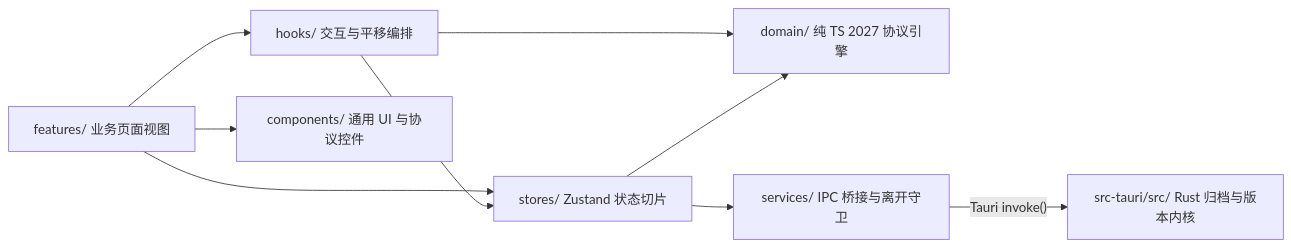
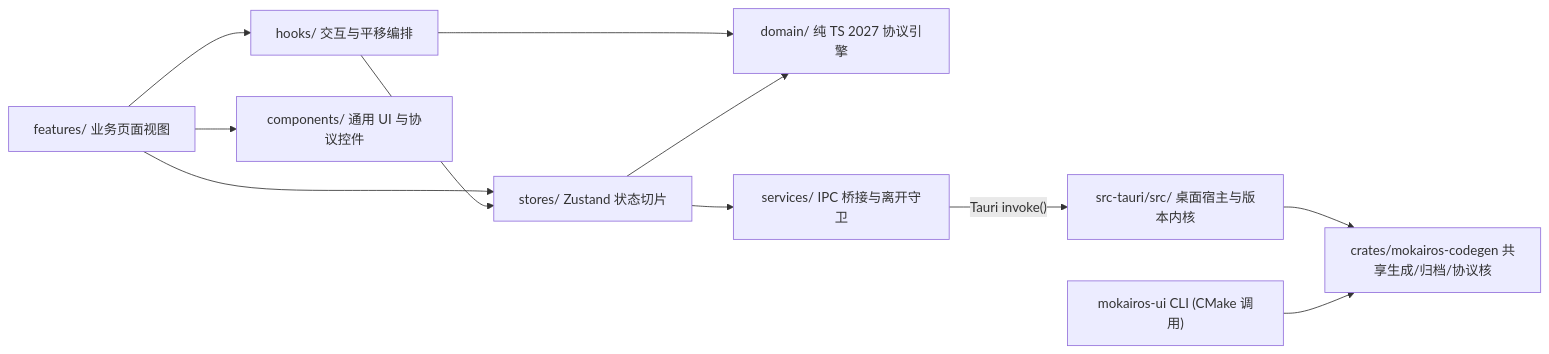
Before and after one commit to esunyao/MoKairos_Studio: the diagram in doc/architecture.md, drawn with Mermaid. The commit also changed other lines of this file and 9 other files, not shown here.

````diff
--- a/doc/architecture.md
+++ b/doc/architecture.md
@@ -7,11 +7,13 @@
 ```mermaid
 flowchart LR
     Features["features/ 业务页面视图"] --> Hooks["hooks/ 交互与平移编排"]
     Features --> Components["components/ 通用 UI 与协议控件"]
     Features --> Stores["stores/ Zustand 状态切片"]
     Hooks --> Stores
     Hooks --> Domain["domain/ 纯 TS 2027 协议引擎"]
     Stores --> Domain
     Stores --> Services["services/ IPC 桥接与离开守卫"]
-    Services -->|"Tauri invoke()"| Rust["src-tauri/src/ Rust 归档与版本内核"]
+    Services -->|"Tauri invoke()"| Rust["src-tauri/src/ 桌面宿主与版本内核"]
+    Rust --> Core["crates/mokairos-codegen 共享生成/归档/协议核"]
+    CLI["mokairos-ui CLI (CMake 调用)"] --> Core
 ```
````
